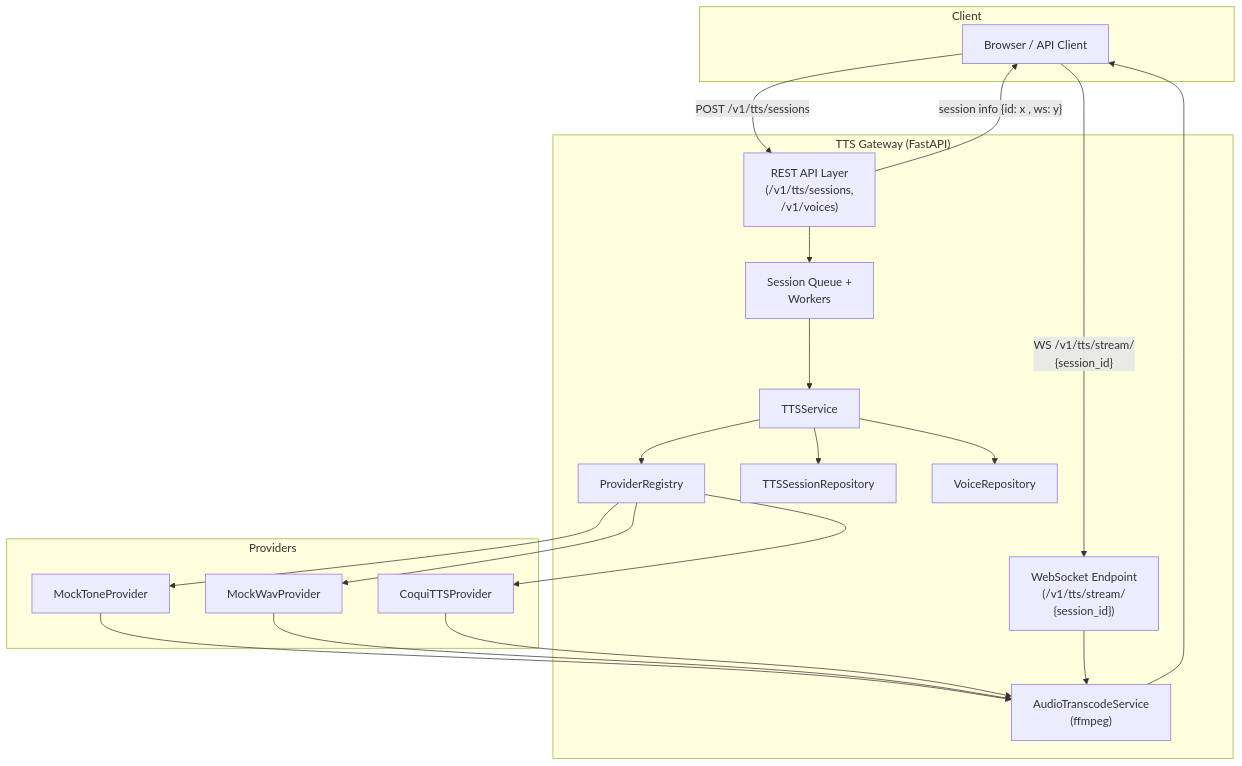
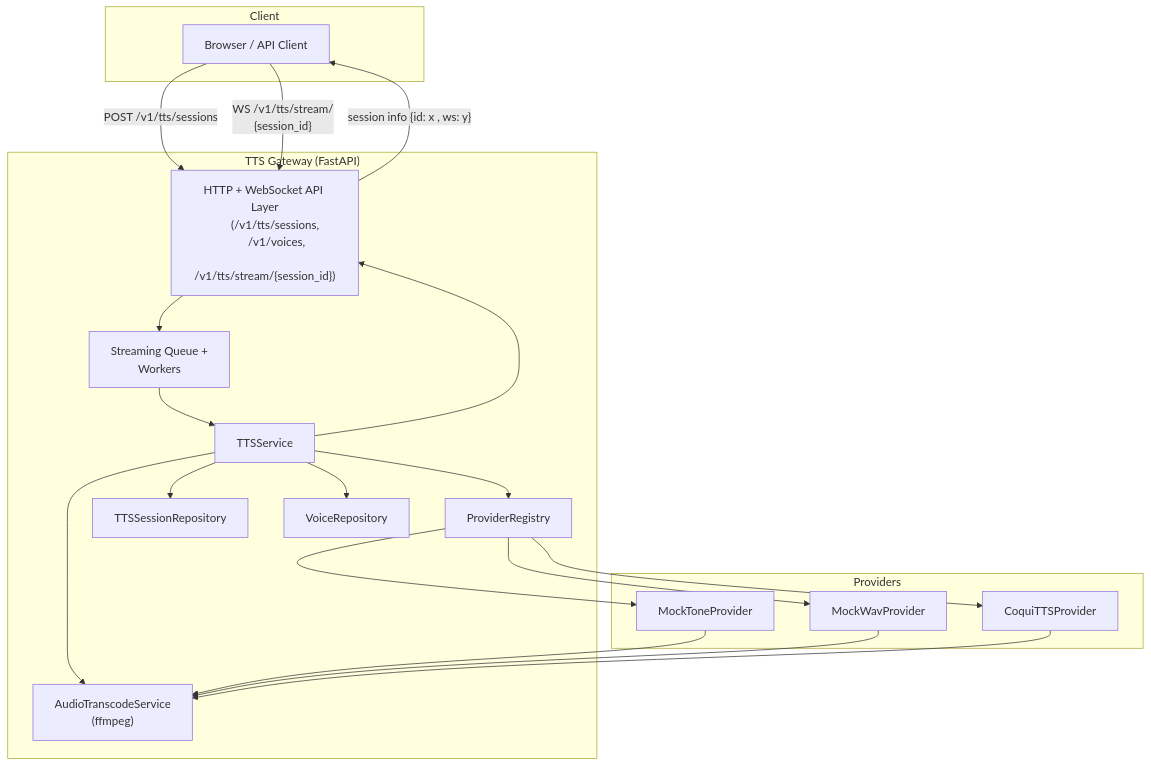
Before and after one commit to lee-jian-hui/tts-system: the diagram in architecture_diags/ARCH.md, drawn with Mermaid. The commit also changed other lines of this file, not shown here.

Commit message:
chore: clean up

````diff
--- a/architecture_diags/ARCH.md
+++ b/architecture_diags/ARCH.md
@@ -74,47 +74,45 @@
 ```mermaid
 flowchart TD
 
     subgraph Client
         C["Browser / API Client"]
     end
 
     subgraph Gateway["TTS Gateway (FastAPI)"]
-        APIHTTP["REST API Layer
+        APIHTTP["HTTP + WebSocket API Layer
         (/v1/tts/sessions, 
-        /v1/voices)"]
-        APIWS["WebSocket Endpoint
-        (/v1/tts/stream/
-        {session_id})"]
+        /v1/voices,
+        /v1/tts/stream/{session_id})"]
         SVC["TTSService"]
         REG["ProviderRegistry"]
         TRANS["AudioTranscodeService
         (ffmpeg)"]
         SESSREPO["TTSSessionRepository"]
         VOICEREPO["VoiceRepository"]
-        SESSQ["Session Queue +
+        SESSQ["Streaming Queue +
         Workers"]
     end
 
     subgraph Providers
         P1["MockToneProvider"]
         P2["MockWavProvider"]
         P3["CoquiTTSProvider"]
     end
 
-    C -- "POST /v1/tts/sessions " --> APIHTTP
-    APIHTTP -- "session info {id: x , ws: y} " --> C
+    C -- "POST /v1/tts/sessions" --> APIHTTP
+    APIHTTP -- "session info {id: x , ws: y}" --> C
 
+    C -- "WS /v1/tts/stream/
+    {session_id}" --> APIHTTP
     APIHTTP --> SESSQ
     SESSQ --> SVC
     SVC --> SESSREPO
     SVC --> VOICEREPO
     SVC --> REG
+    SVC --> TRANS
+    SVC --> APIHTTP
     REG --> P1
     REG --> P2
     REG --> P3
     P1 & P2 & P3 --> TRANS
-    C -- "WS /v1/tts/stream/
-    {session_id}" --> APIWS
-    APIWS --> TRANS
-    TRANS --> C
 ```
````
